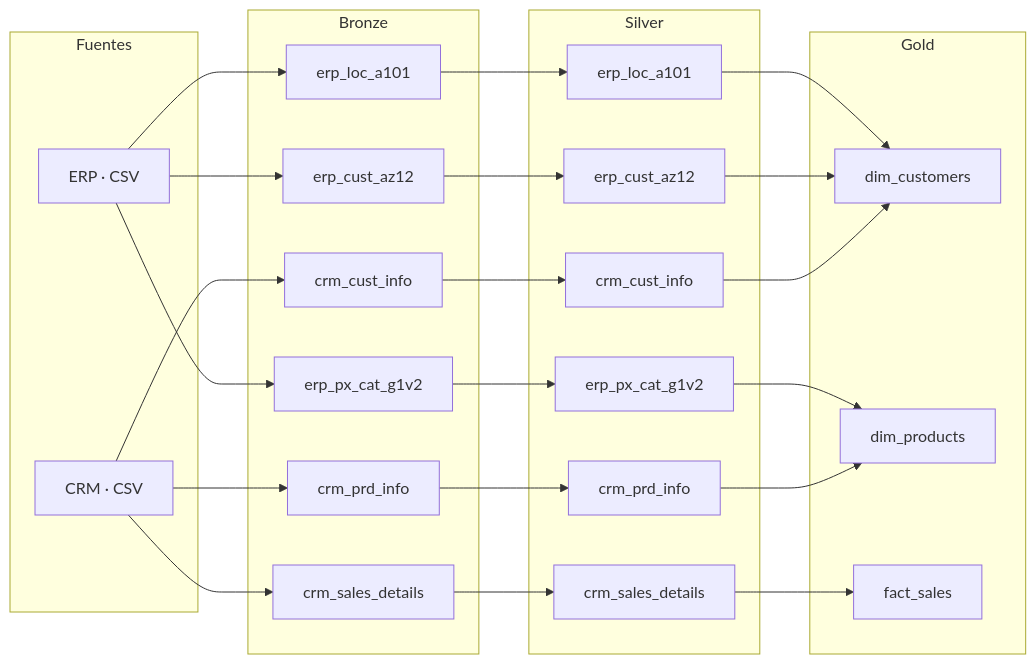
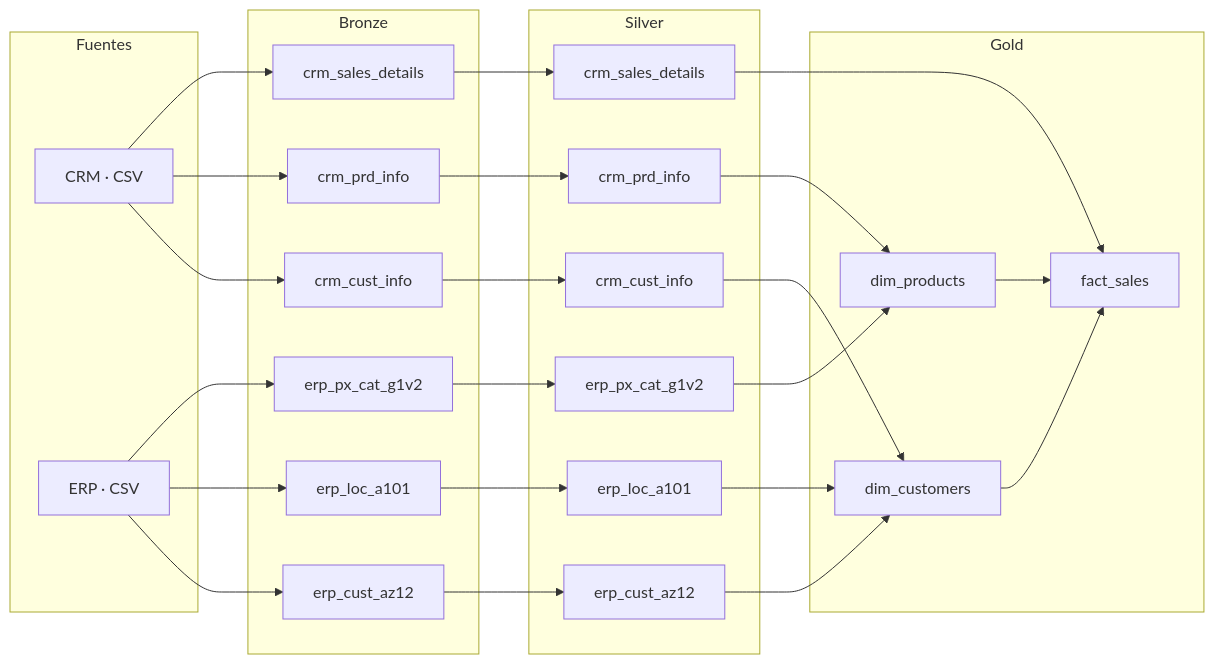
One commit to botellopai18/data-warehouse-mineria-datos changed the first of 2 diagrams in docs/data_architecture.md. Above: the diagram before and after it, drawn with Mermaid. The commit also changed other lines of this file and 32 other files, not shown here.

````diff
--- a/docs/data_architecture.md
+++ b/docs/data_architecture.md
@@ -5,39 +5,41 @@
 ```mermaid
 flowchart LR
     subgraph Fuentes
         CRM[CRM · CSV]
         ERP[ERP · CSV]
     end
     subgraph Bronze
         B1[crm_cust_info]
         B2[crm_prd_info]
         B3[crm_sales_details]
         B4[erp_cust_az12]
         B5[erp_loc_a101]
         B6[erp_px_cat_g1v2]
     end
     subgraph Silver
         S1[crm_cust_info]
         S2[crm_prd_info]
         S3[crm_sales_details]
         S4[erp_cust_az12]
         S5[erp_loc_a101]
         S6[erp_px_cat_g1v2]
     end
     subgraph Gold
         G1[dim_customers]
         G2[dim_products]
         G3[fact_sales]
     end
     CRM --> B1 & B2 & B3
     ERP --> B4 & B5 & B6
     B1 --> S1
     B2 --> S2
     B3 --> S3
     B4 --> S4
     B5 --> S5
     B6 --> S6
     S1 & S4 & S5 --> G1
     S2 & S6 --> G2
     S3 --> G3
+    G1 --> G3
+    G2 --> G3
 ```
````
